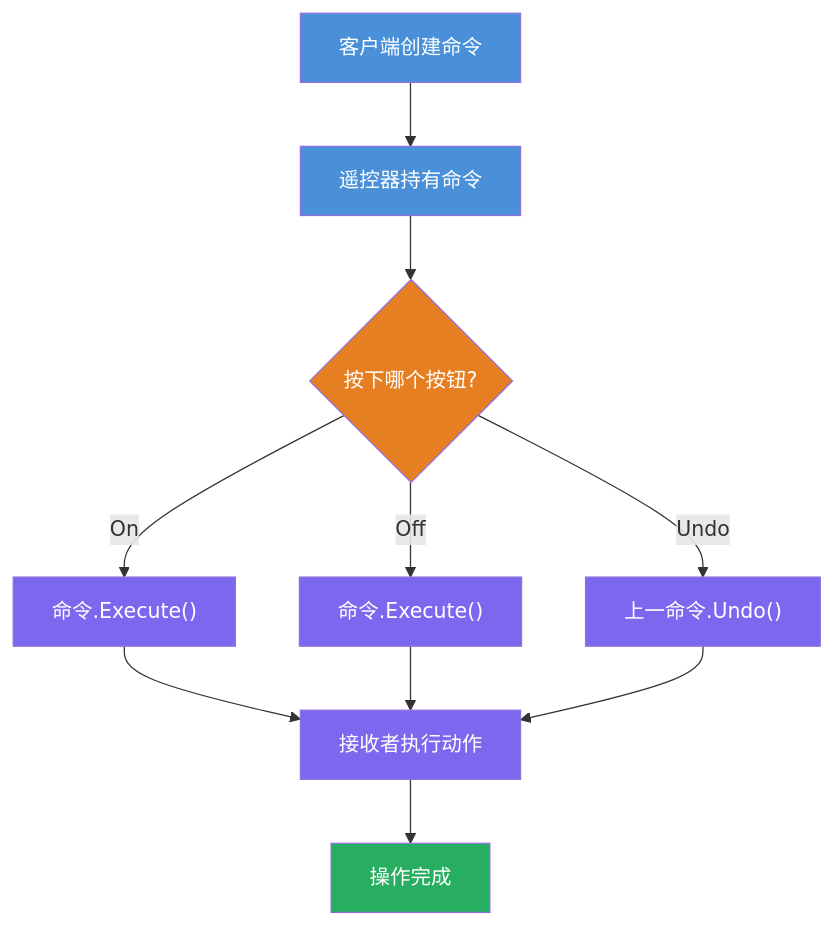
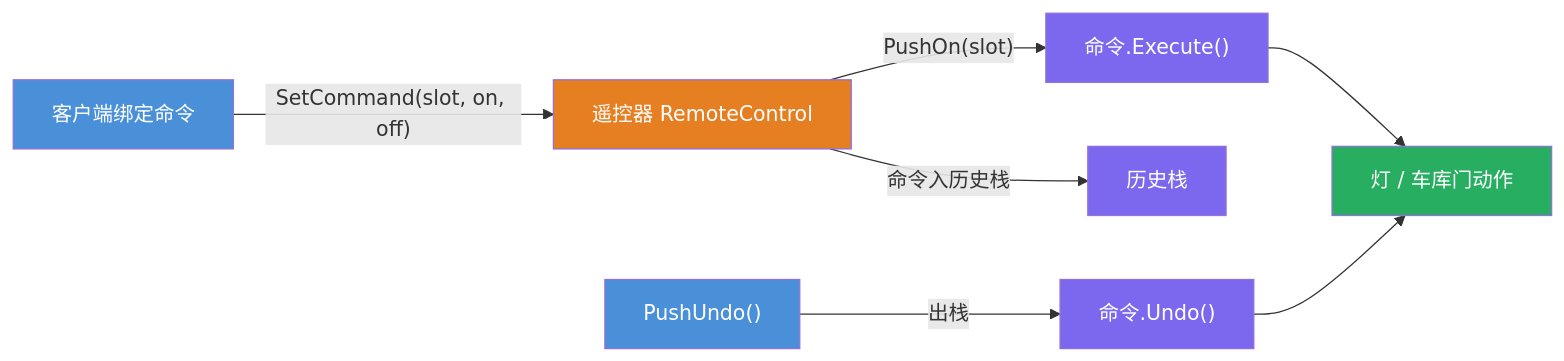
One commit to hollson/design_patterns changed the third of 4 diagrams in CommandPattern/README.md. Above: the diagram before and after it, drawn with Mermaid. The commit also changed other lines of this file and 143 other files, not shown here.

````diff
--- a/CommandPattern/README.md
+++ b/CommandPattern/README.md
@@ -27,21 +155,17 @@
 ```mermaid
-flowchart TD
-    A["客户端创建命令"] --> B["遥控器持有命令"]
-    B --> C{"按下哪个按钮?"}
-    C -- "On" --> D["命令.Execute()"]
-    C -- "Off" --> E["命令.Execute()"]
-    C -- "Undo" --> F["上一命令.Undo()"]
-    D --> G["接收者执行动作"]
-    E --> G
-    F --> G
-    G --> H["操作完成"]
+flowchart LR
+    A["客户端绑定命令"] -->|"SetCommand(slot, on, off)"| B["遥控器 RemoteControl"]
+    B -->|"PushOn(slot)"| C["命令.Execute()"]
+    C --> D["灯 / 车库门动作"]
+    B -->|"命令入历史栈"| E["历史栈"]
+    F["PushUndo()"] -->|"出栈"| G["命令.Undo()"]
+    G --> D
 
     style A fill:#4A90D9,color:#fff
-    style B fill:#4A90D9,color:#fff
-    style C fill:#E67E22,color:#fff
-    style D fill:#7B68EE,color:#fff
+    style B fill:#E67E22,color:#fff
+    style C fill:#7B68EE,color:#fff
+    style D fill:#27AE60,color:#fff
     style E fill:#7B68EE,color:#fff
-    style F fill:#7B68EE,color:#fff
+    style F fill:#4A90D9,color:#fff
     style G fill:#7B68EE,color:#fff
-    style H fill:#27AE60,color:#fff
 ```
````
